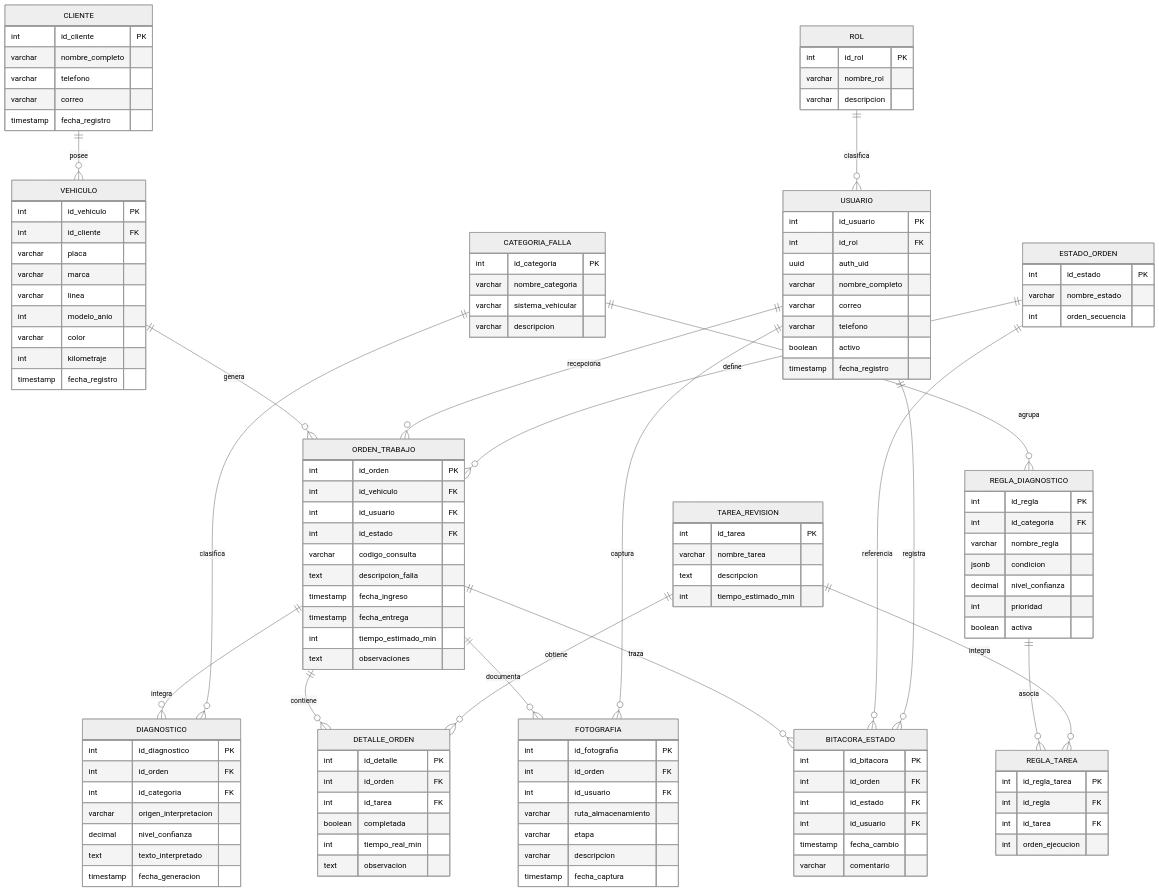
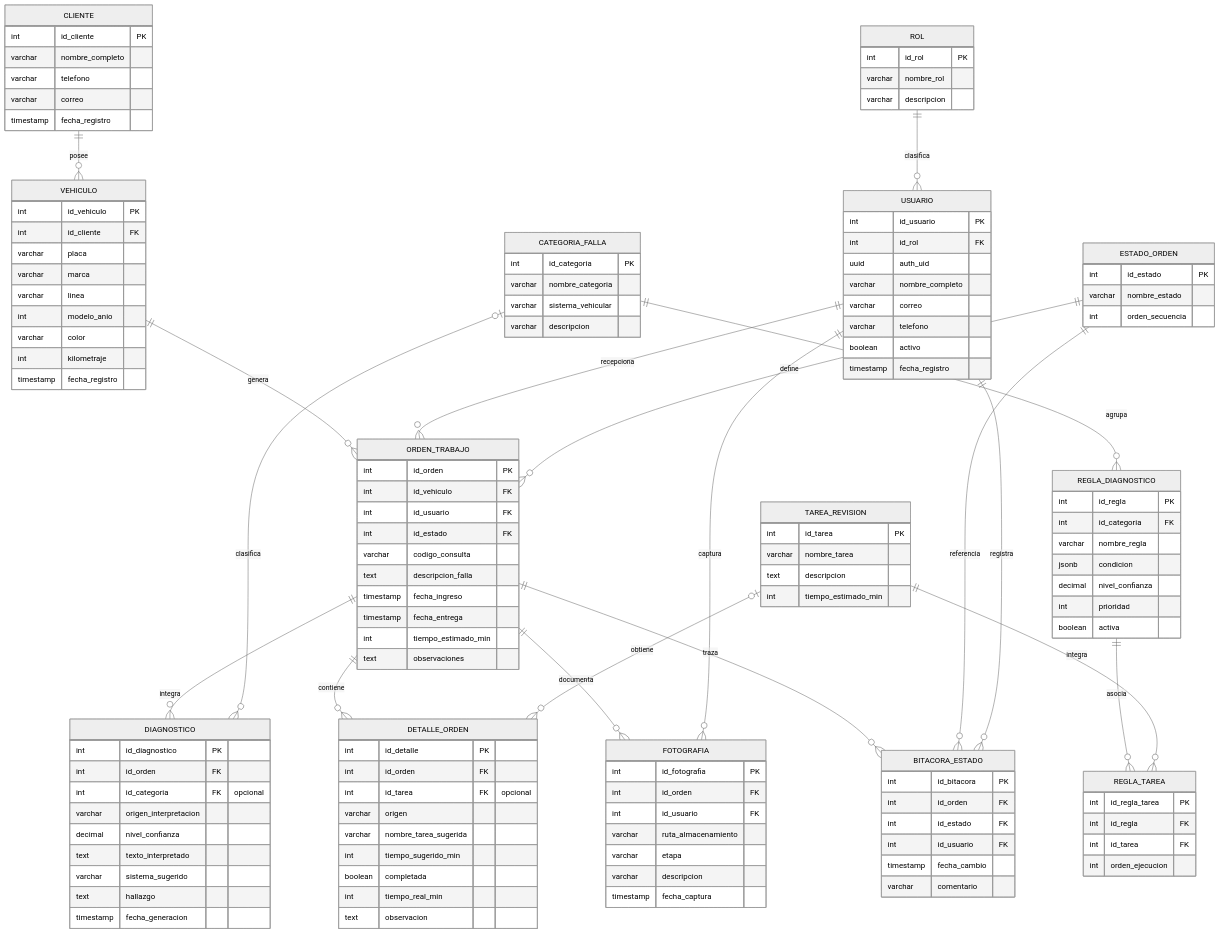
One commit to Elias8agit/rapiservicios changed the diagram in documentacion/diagrama_er_rapiservicios.mmd. Above: the diagram before and after it, drawn with Mermaid (neutral theme). The commit also changed 9 other files, not shown here.

```diff
--- a/documentacion/diagrama_er_rapiservicios.mmd
+++ b/documentacion/diagrama_er_rapiservicios.mmd
@@ -1,130 +1,135 @@
 erDiagram
     ROL {
         int id_rol PK
         varchar nombre_rol
         varchar descripcion
     }
     USUARIO {
         int id_usuario PK
         int id_rol FK
         uuid auth_uid
         varchar nombre_completo
         varchar correo
         varchar telefono
         boolean activo
         timestamp fecha_registro
     }
     CLIENTE {
         int id_cliente PK
         varchar nombre_completo
         varchar telefono
         varchar correo
         timestamp fecha_registro
     }
     VEHICULO {
         int id_vehiculo PK
         int id_cliente FK
         varchar placa
         varchar marca
         varchar linea
         int modelo_anio
         varchar color
         int kilometraje
         timestamp fecha_registro
     }
     CATEGORIA_FALLA {
         int id_categoria PK
         varchar nombre_categoria
         varchar sistema_vehicular
         varchar descripcion
     }
     TAREA_REVISION {
         int id_tarea PK
         varchar nombre_tarea
         text descripcion
         int tiempo_estimado_min
     }
     REGLA_DIAGNOSTICO {
         int id_regla PK
         int id_categoria FK
         varchar nombre_regla
         jsonb condicion
         decimal nivel_confianza
         int prioridad
         boolean activa
     }
     REGLA_TAREA {
         int id_regla_tarea PK
         int id_regla FK
         int id_tarea FK
         int orden_ejecucion
     }
     ESTADO_ORDEN {
         int id_estado PK
         varchar nombre_estado
         int orden_secuencia
     }
     ORDEN_TRABAJO {
         int id_orden PK
         int id_vehiculo FK
         int id_usuario FK
         int id_estado FK
         varchar codigo_consulta
         text descripcion_falla
         timestamp fecha_ingreso
         timestamp fecha_entrega
         int tiempo_estimado_min
         text observaciones
     }
     DIAGNOSTICO {
         int id_diagnostico PK
         int id_orden FK
-        int id_categoria FK
+        int id_categoria FK "opcional"
         varchar origen_interpretacion
         decimal nivel_confianza
         text texto_interpretado
+        varchar sistema_sugerido
+        text hallazgo
         timestamp fecha_generacion
     }
     DETALLE_ORDEN {
         int id_detalle PK
         int id_orden FK
-        int id_tarea FK
+        int id_tarea FK "opcional"
+        varchar origen
+        varchar nombre_tarea_sugerida
+        int tiempo_sugerido_min
         boolean completada
         int tiempo_real_min
         text observacion
     }
     FOTOGRAFIA {
         int id_fotografia PK
         int id_orden FK
         int id_usuario FK
         varchar ruta_almacenamiento
         varchar etapa
         varchar descripcion
         timestamp fecha_captura
     }
     BITACORA_ESTADO {
         int id_bitacora PK
         int id_orden FK
         int id_estado FK
         int id_usuario FK
         timestamp fecha_cambio
         varchar comentario
     }
 
     ROL ||--o{ USUARIO : clasifica
     CLIENTE ||--o{ VEHICULO : posee
     VEHICULO ||--o{ ORDEN_TRABAJO : genera
     USUARIO ||--o{ ORDEN_TRABAJO : recepciona
     ESTADO_ORDEN ||--o{ ORDEN_TRABAJO : define
     ORDEN_TRABAJO ||--o{ DIAGNOSTICO : integra
-    CATEGORIA_FALLA ||--o{ DIAGNOSTICO : clasifica
+    CATEGORIA_FALLA |o--o{ DIAGNOSTICO : clasifica
     ORDEN_TRABAJO ||--o{ DETALLE_ORDEN : contiene
-    TAREA_REVISION ||--o{ DETALLE_ORDEN : obtiene
+    TAREA_REVISION |o--o{ DETALLE_ORDEN : obtiene
     ORDEN_TRABAJO ||--o{ FOTOGRAFIA : documenta
     USUARIO ||--o{ FOTOGRAFIA : captura
     ORDEN_TRABAJO ||--o{ BITACORA_ESTADO : traza
     ESTADO_ORDEN ||--o{ BITACORA_ESTADO : referencia
     USUARIO ||--o{ BITACORA_ESTADO : registra
     CATEGORIA_FALLA ||--o{ REGLA_DIAGNOSTICO : agrupa
     REGLA_DIAGNOSTICO ||--o{ REGLA_TAREA : asocia
     TAREA_REVISION ||--o{ REGLA_TAREA : integra
```
